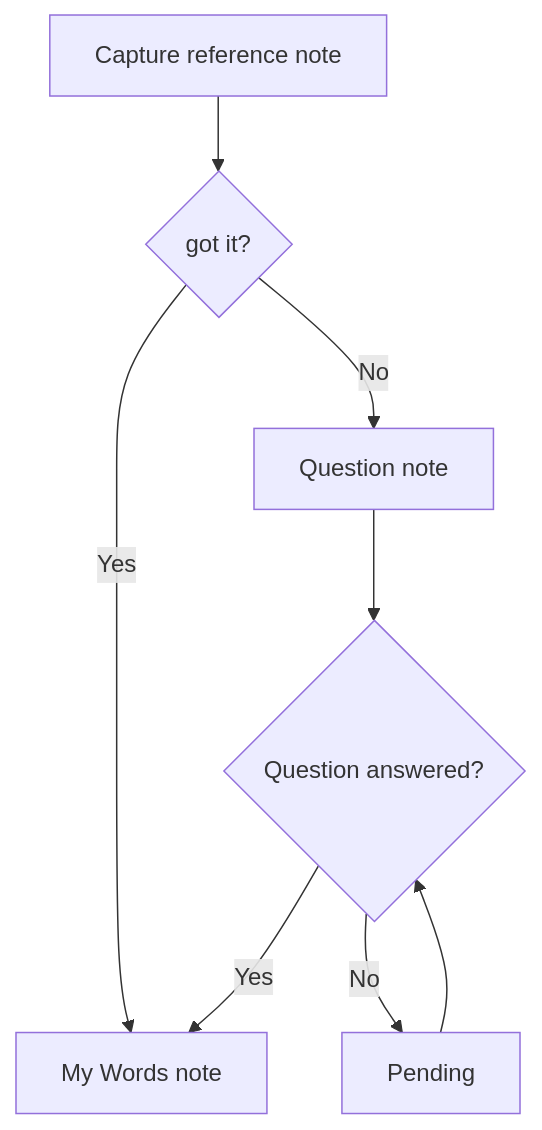
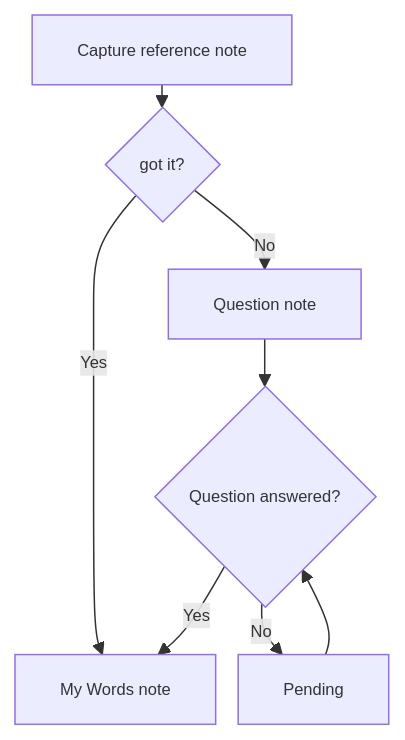
Before and after one commit to VeronicaTeodorof/got_it: the diagram in README.md, drawn with Mermaid. The commit also changed other lines of this file, not shown here.

Commit message:
docs: tidy up readme (typos, diagram sizing, images)

````diff
--- a/README.md
+++ b/README.md
@@ -43,10 +43,11 @@
 ```mermaid
+%%{init: {'themeVariables': {'fontSize': '11px'}, 'flowchart': {'nodeSpacing': 15, 'rankSpacing': 15}}}%%
 graph TD
     A[Capture reference note] --> B{got it?}
     B -->|Yes| C[My Words note]
     B -->|No| D[Question note]
     D --> F{Question answered?}
     F -->|Yes| C
     F -->|No| G[Pending]
     G --> F
 ```
````
